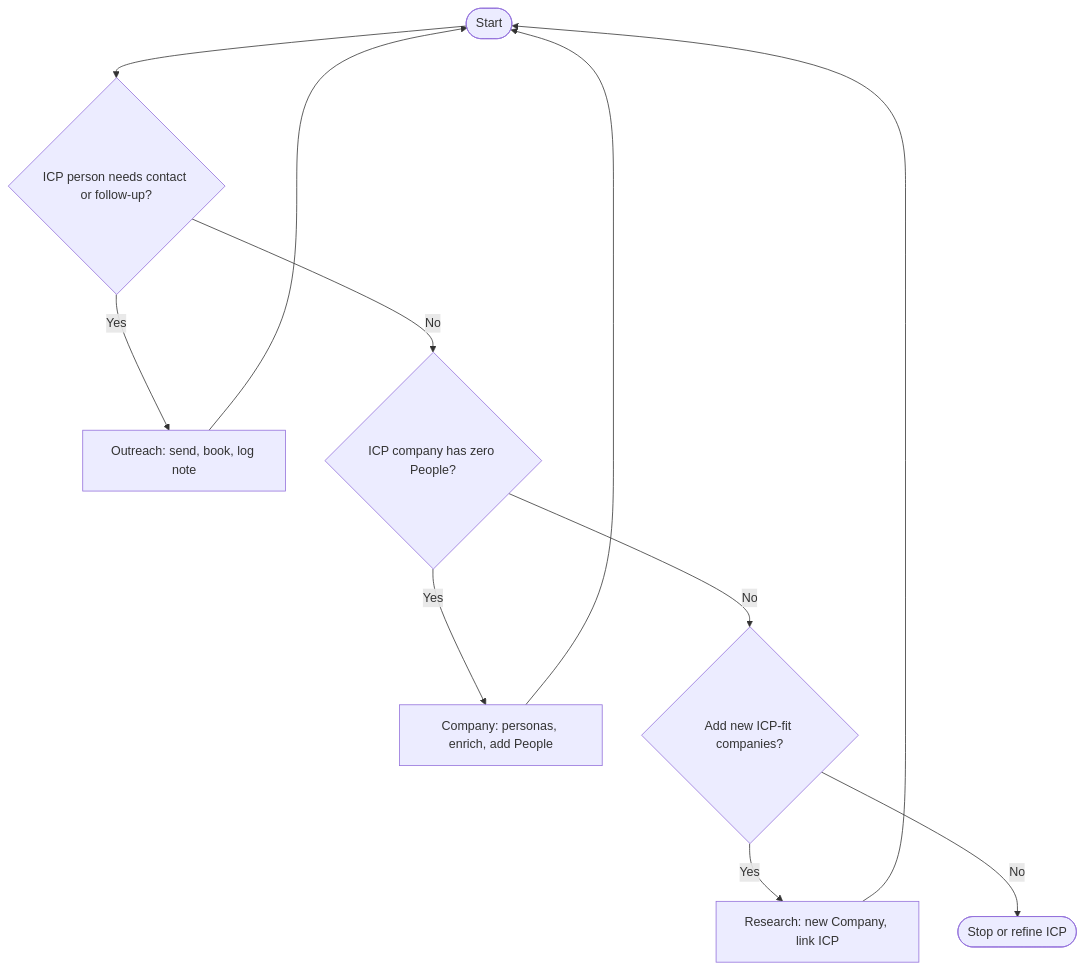
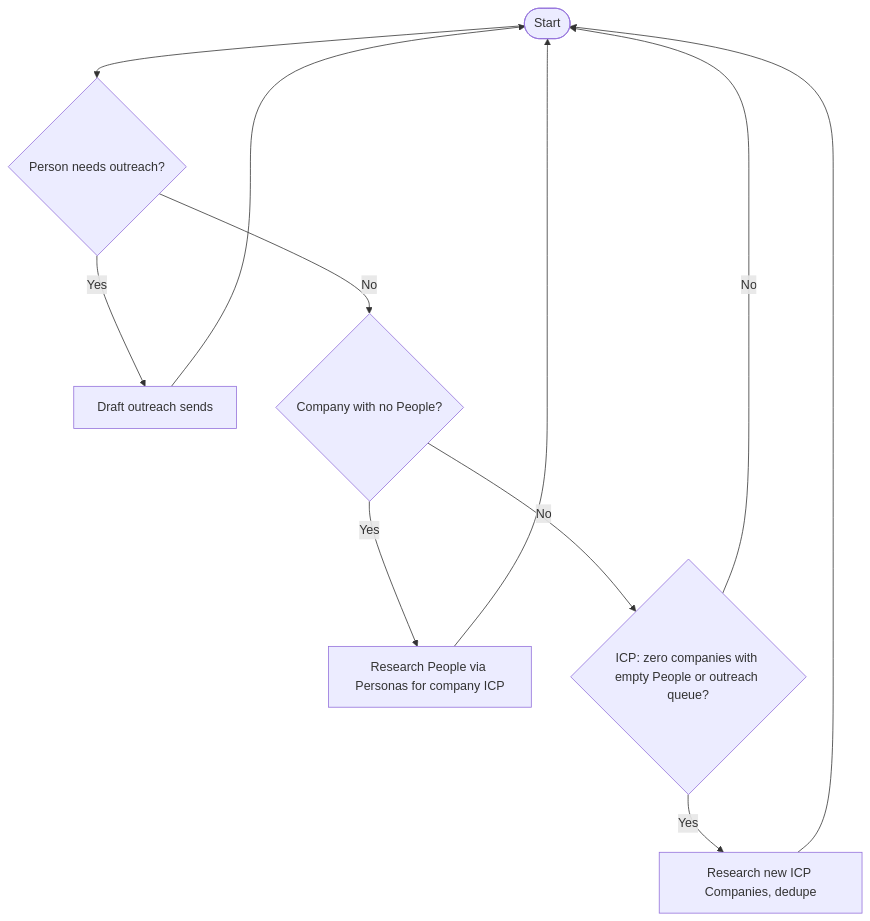
One commit to ralfboltshauser/sales-agent-obsidian-notes changed the diagram in .notes/sales/meeting-booking-workflow.md. Above: the diagram before and after it, drawn with Mermaid. The commit also changed other lines of this file, not shown here.

Commit message:
docs: align meeting loop with outreach draft and ICP gates

````diff
--- a/.notes/sales/meeting-booking-workflow.md
+++ b/.notes/sales/meeting-booking-workflow.md
@@ -20,14 +22,14 @@
 ```mermaid
 flowchart TB
   S([Start])
-  S --> Q1{ICP person needs contact or follow-up?}
-  Q1 -->|Yes| A1[Outreach: send, book, log note]
+  S --> Q1{Person needs outreach?}
+  Q1 -->|Yes| A1[Draft outreach sends]
   A1 --> S
-  Q1 -->|No| Q2{ICP company has zero People?}
-  Q2 -->|Yes| A2[Company: personas, enrich, add People]
+  Q1 -->|No| Q2{Company with no People?}
+  Q2 -->|Yes| A2[Research People via Personas for company ICP]
   A2 --> S
-  Q2 -->|No| Q3{Add new ICP-fit companies?}
-  Q3 -->|Yes| A3[Research: new Company, link ICP]
+  Q2 -->|No| Q3{ICP: zero companies with empty People or outreach queue?}
+  Q3 -->|Yes| A3[Research new ICP Companies, dedupe]
   A3 --> S
-  Q3 -->|No| Z([Stop or refine ICP])
+  Q3 -->|No| S
 ```
````
